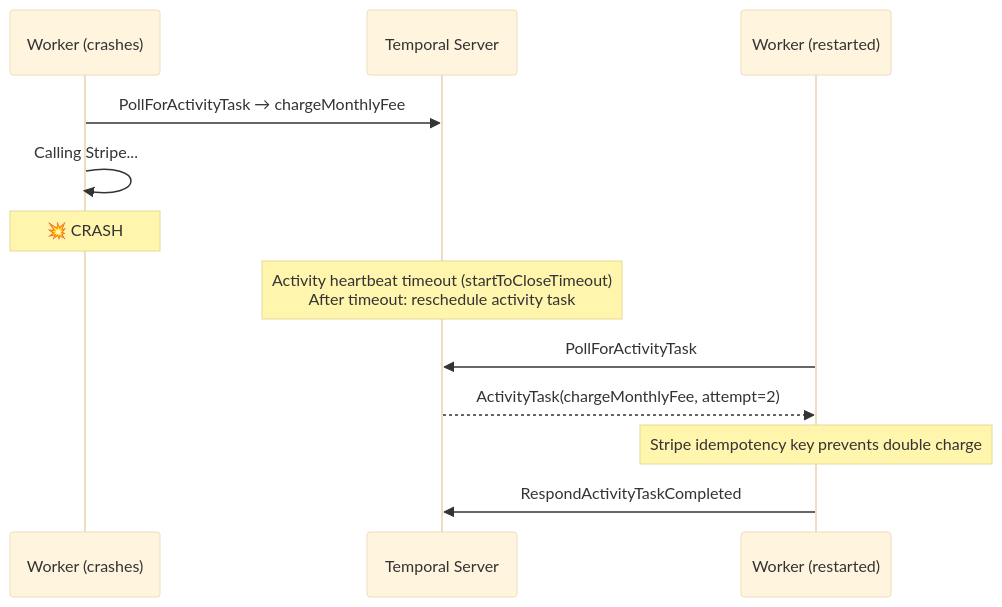
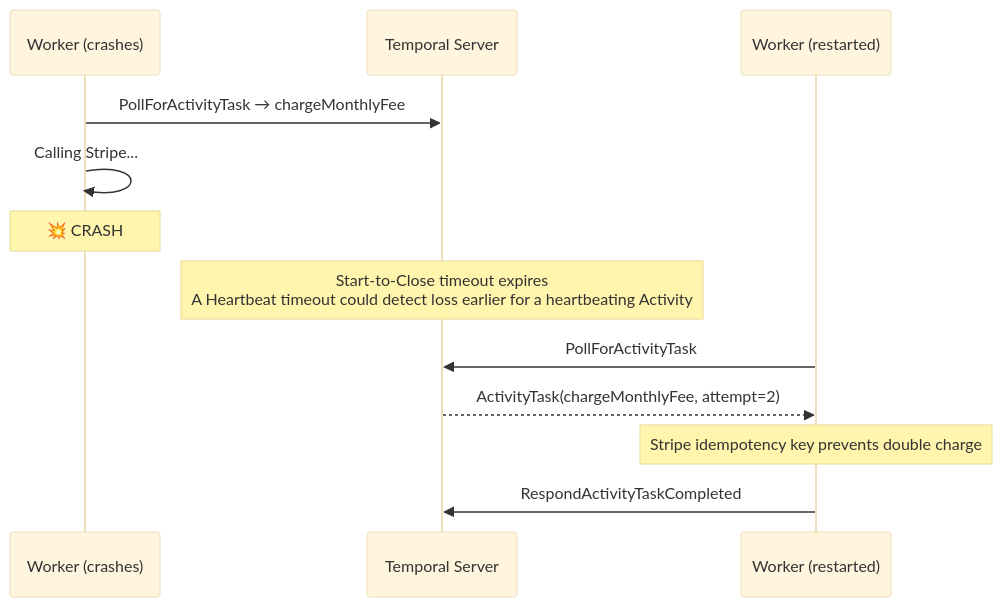
Before and after one commit to HackerM0nk/temporal-from-scratch: the second of 3 diagrams in docs/temporal-architecture.md, drawn with Mermaid (base theme). The commit also changed other lines of this file and 20 other files, not shown here.

````diff
--- a/docs/temporal-architecture.md
+++ b/docs/temporal-architecture.md
@@ -60,18 +60,18 @@
 ```mermaid
 sequenceDiagram
     participant Worker1 as Worker (crashes)
     participant TemporalServer as Temporal Server
     participant Worker2 as Worker (restarted)
 
     Worker1->>TemporalServer: PollForActivityTask → chargeMonthlyFee
     Worker1->>Worker1: Calling Stripe...
 
     Note over Worker1: 💥 CRASH
 
-    Note over TemporalServer: Activity heartbeat timeout (startToCloseTimeout)<br/>After timeout: reschedule activity task
+    Note over TemporalServer: Start-to-Close timeout expires<br/>A Heartbeat timeout could detect loss earlier for a heartbeating Activity
 
     Worker2->>TemporalServer: PollForActivityTask
     TemporalServer-->>Worker2: ActivityTask(chargeMonthlyFee, attempt=2)
     Note over Worker2: Stripe idempotency key prevents double charge
     Worker2->>TemporalServer: RespondActivityTaskCompleted
 ```
````
